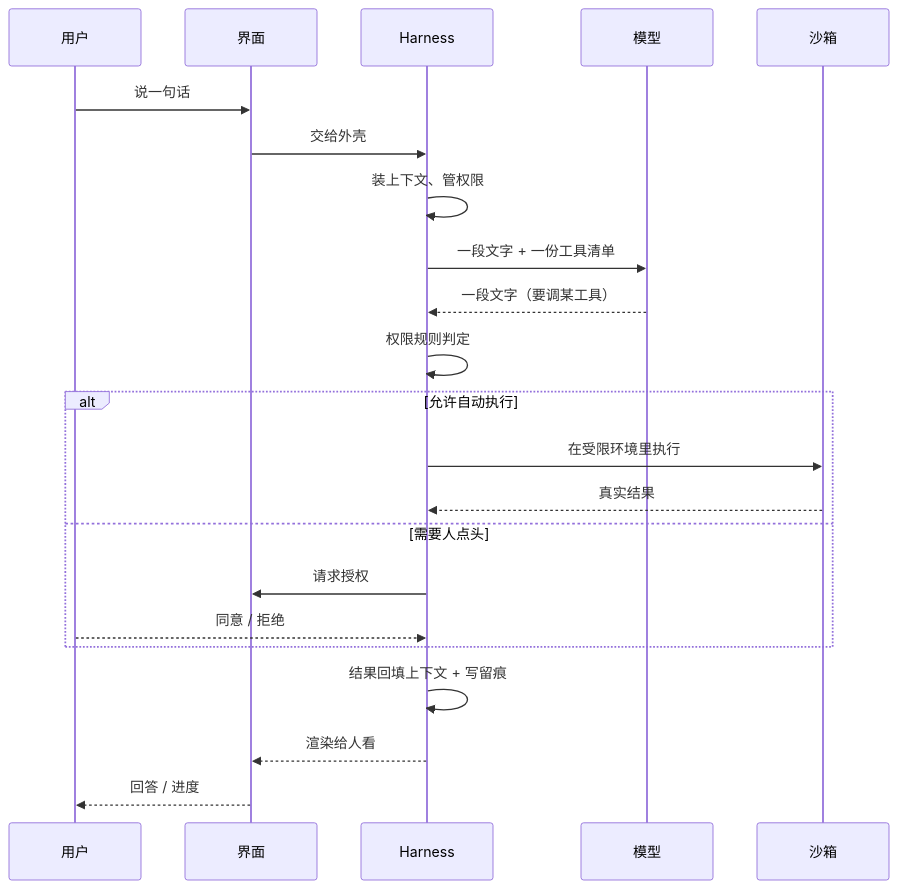
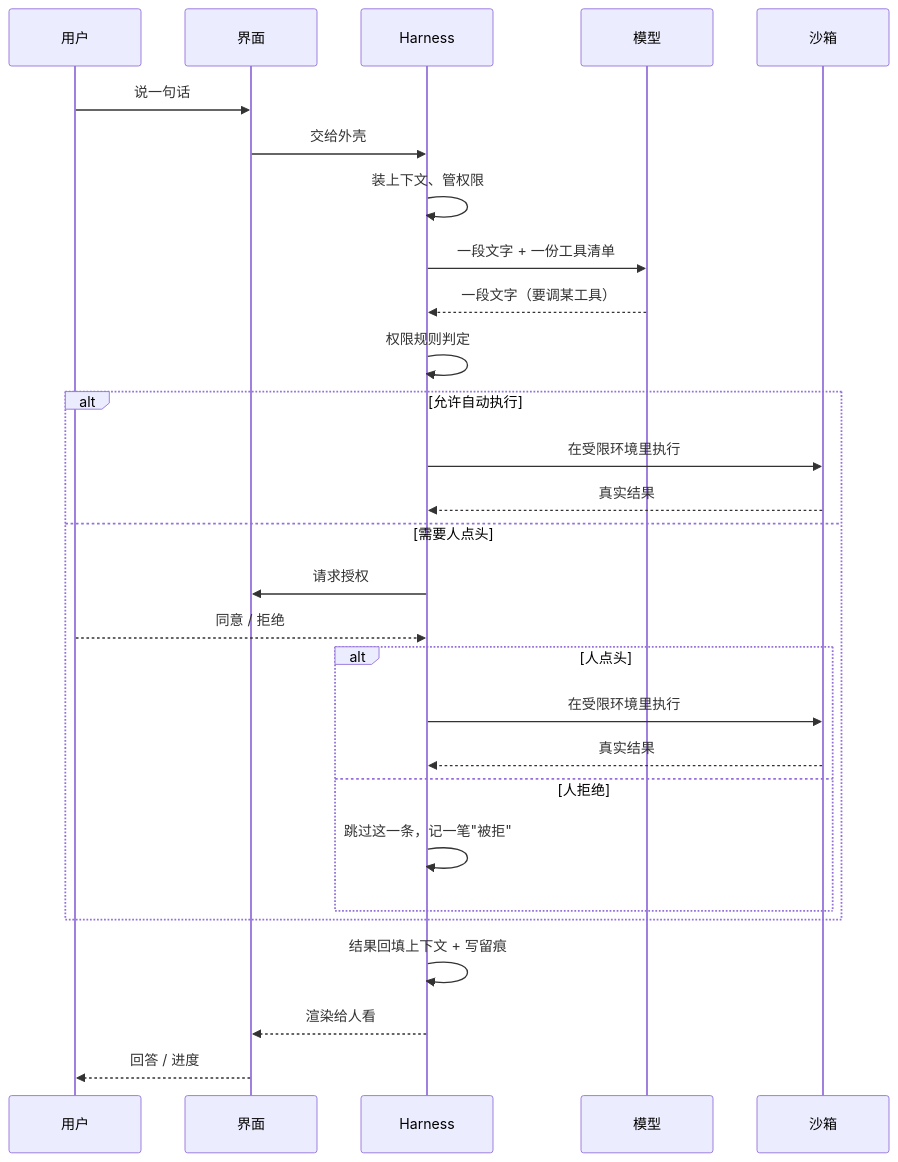
Before and after one commit to Laughingtt/agentkit: the second of 2 diagrams in part-4-harness工程/ch17-harness导览.md, drawn with Mermaid. The commit also changed other lines of this file and 40 other files, not shown here.

````diff
--- a/part-4-harness工程/ch17-harness导览.md
+++ b/part-4-harness工程/ch17-harness导览.md
@@ -149,25 +152,31 @@
 ```mermaid
 sequenceDiagram
     participant U as 用户
     participant I as 界面
     participant H as Harness
     participant M as 模型
     participant S as 沙箱
 
     U->>I: 说一句话
     I->>H: 交给外壳
     H->>H: 装上下文、管权限
     H->>M: 一段文字 + 一份工具清单
     M-->>H: 一段文字（要调某工具）
     H->>H: 权限规则判定
     alt 允许自动执行
         H->>S: 在受限环境里执行
         S-->>H: 真实结果
     else 需要人点头
         H->>I: 请求授权
         U-->>H: 同意 / 拒绝
+        alt 人点头
+            H->>S: 在受限环境里执行
+            S-->>H: 真实结果
+        else 人拒绝
+            H->>H: 跳过这一条，记一笔"被拒"
+        end
     end
     H->>H: 结果回填上下文 + 写留痕
     H-->>I: 渲染给人看
     I-->>U: 回答 / 进度
 ```
````
